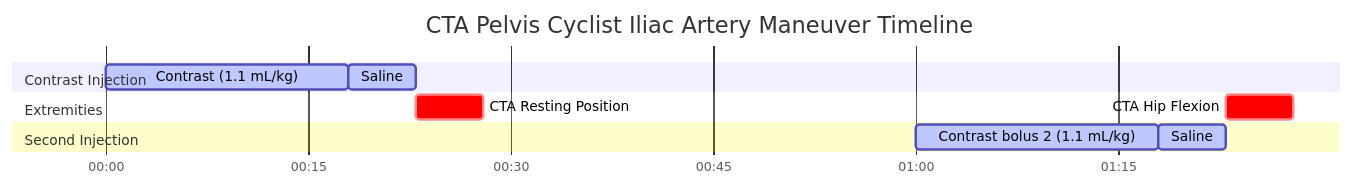
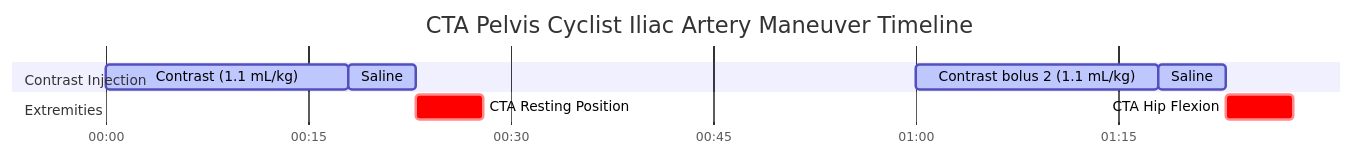
One commit to dfergs93/radiology-protocols changed the diagram in docs/ct/vascular/cta-pelvis-cyclist-iliac-artery-maneuver.md. Above: the diagram before and after it, drawn with Mermaid. The commit also changed 3 other files, not shown here.

````diff
--- a/docs/ct/vascular/cta-pelvis-cyclist-iliac-artery-maneuver.md
+++ b/docs/ct/vascular/cta-pelvis-cyclist-iliac-artery-maneuver.md
@@ -85,22 +85,21 @@
   ```mermaid
   ---
   displayMode: compact
   config:
     theme: default
     themeCSS: " #Saline{ fill: #4ed5ff; stroke: #2094f3; } "
   ---
     gantt
       title CTA Pelvis Cyclist Iliac Artery Maneuver Timeline
       dateFormat mm:ss
       axisFormat %M:%S 
       
       section Contrast Injection
       Contrast (1.1 mL/kg)    :active, contrast, 00:00, 18s
       Saline          :active, saline, after contrast, 5s
+      Contrast bolus 2 (1.1 mL/kg)  :active, contrast2, 01:00, 18s
+      Saline                  :active, saline2, after contrast2, 5s
       section Extremities
       CTA Resting Position    :crit, scan1, after saline, 5s
       CTA Hip Flexion    :crit, scan2, after saline2, 5s
-      section Second Injection
-      Contrast bolus 2 (1.1 mL/kg)  :active, contrast2, 01:00, 18s
-      Saline                  :active, saline2, after contrast2, 5s
   ```
````
